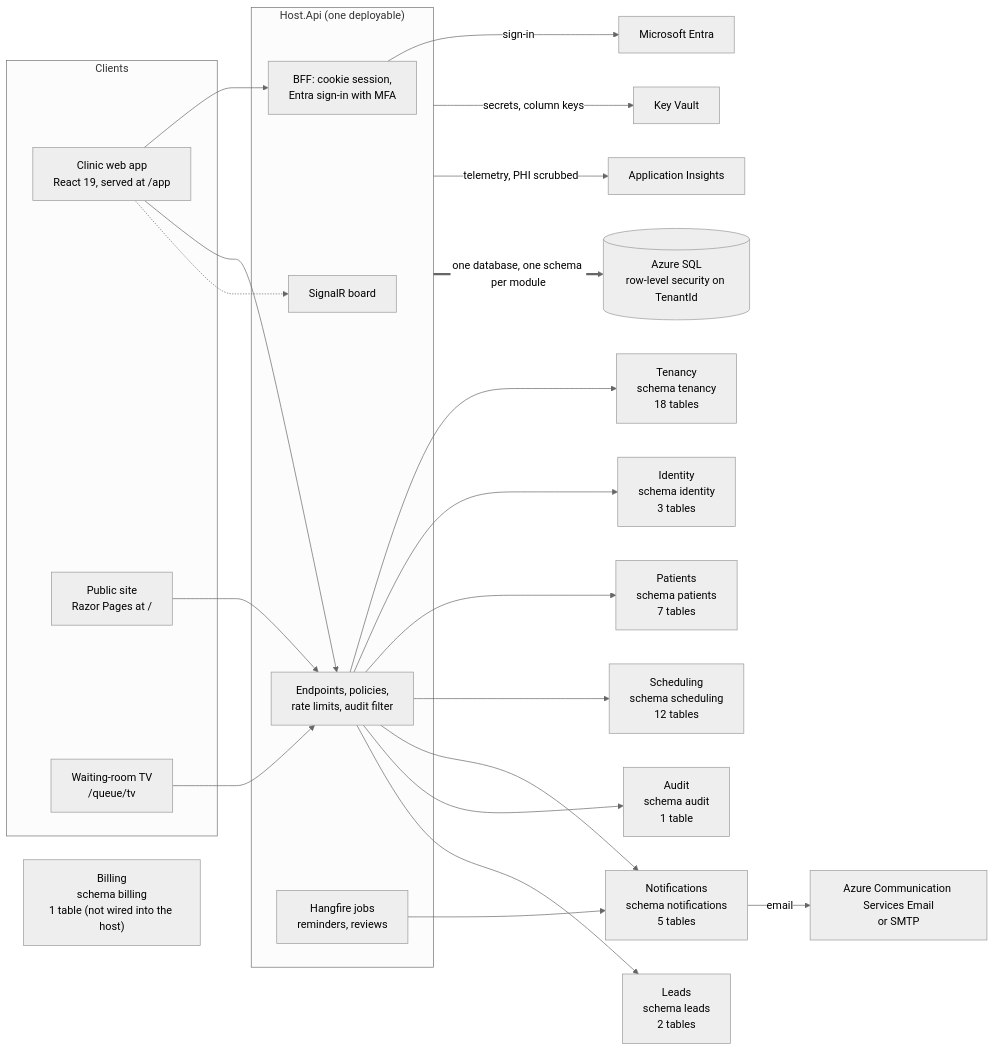
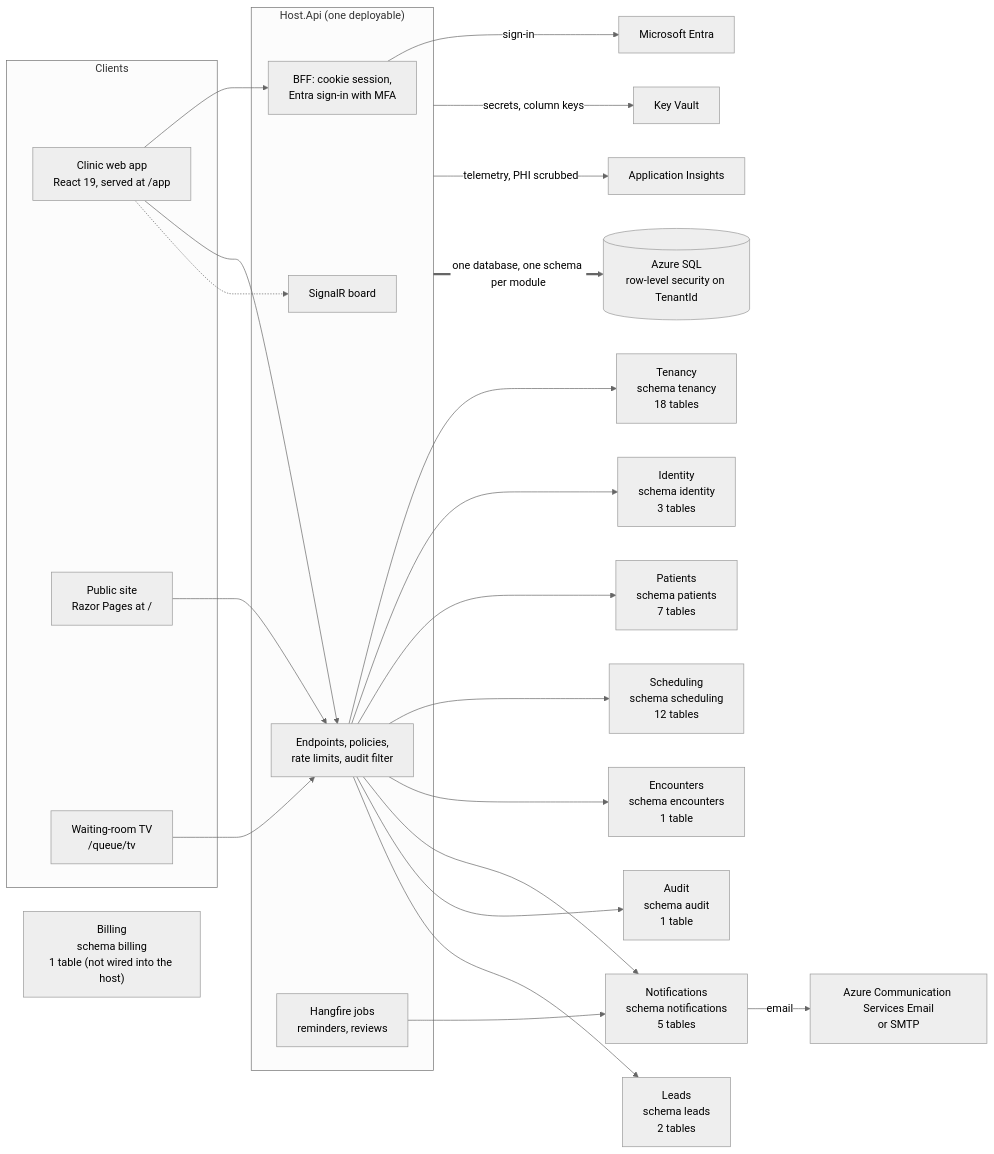
Before and after one commit to ALFRED-LUCIFER/medvya: the first of 12 diagrams in docs/03-architecture/erd.md, drawn with Mermaid (neutral theme). The commit also changed other lines of this file and 65 other files, not shown here.

````diff
--- a/docs/03-architecture/erd.md
+++ b/docs/03-architecture/erd.md
@@ -15,33 +15,34 @@
 ```mermaid
 flowchart LR
   subgraph Clients
     web["Clinic web app<br/>React 19, served at /app"]
     site["Public site<br/>Razor Pages at /"]
     tv["Waiting-room TV<br/>/queue/tv"]
   end
   subgraph Host["Host.Api (one deployable)"]
     bff["BFF: cookie session,<br/>Entra sign-in with MFA"]
     api["Endpoints, policies,<br/>rate limits, audit filter"]
     hub["SignalR board"]
     jobs["Hangfire jobs<br/>reminders, reviews"]
   end
   web --> bff
   web --> api
   web -.-> hub
   tv --> api
   site --> api
   api --> Tenancy["Tenancy<br/>schema tenancy<br/>18 tables"]
   api --> Identity["Identity<br/>schema identity<br/>3 tables"]
   api --> Patients["Patients<br/>schema patients<br/>7 tables"]
   api --> Scheduling["Scheduling<br/>schema scheduling<br/>12 tables"]
+  api --> Encounters["Encounters<br/>schema encounters<br/>1 table"]
   api --> Notifications["Notifications<br/>schema notifications<br/>5 tables"]
   api --> Audit["Audit<br/>schema audit<br/>1 table"]
   api --> Leads["Leads<br/>schema leads<br/>2 tables"]
   Billing["Billing<br/>schema billing<br/>1 table (not wired into the host)"]
   jobs --> Notifications
   bff -->|"sign-in"| entra["Microsoft Entra"]
   Notifications -->|"email"| mail["Azure Communication Services Email<br/>or SMTP"]
   Host -->|"secrets, column keys"| kv["Key Vault"]
   Host -->|"telemetry, PHI scrubbed"| ai["Application Insights"]
   Host ==>|"one database, one schema per module"| sql[("Azure SQL<br/>row-level security on TenantId")]
 ```
````
